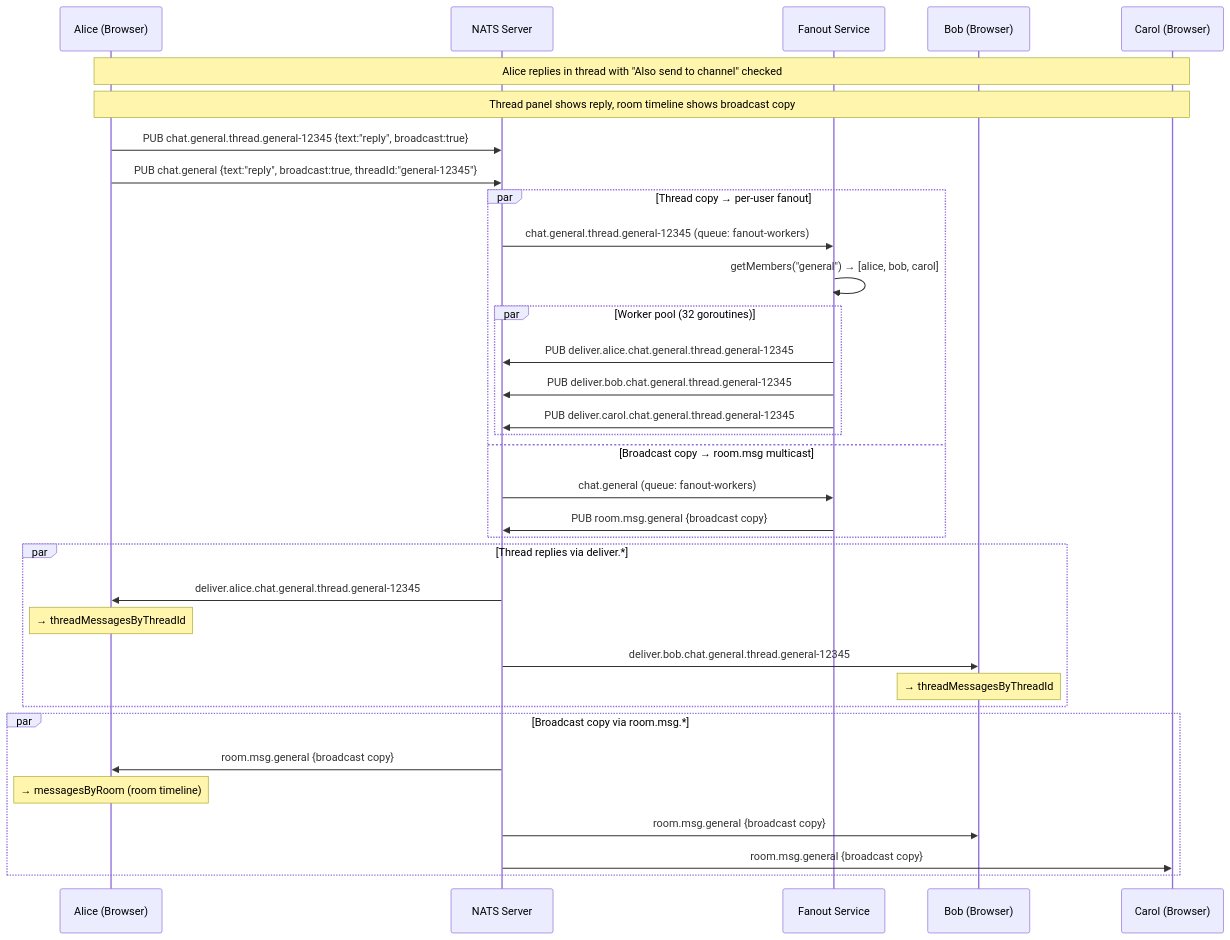
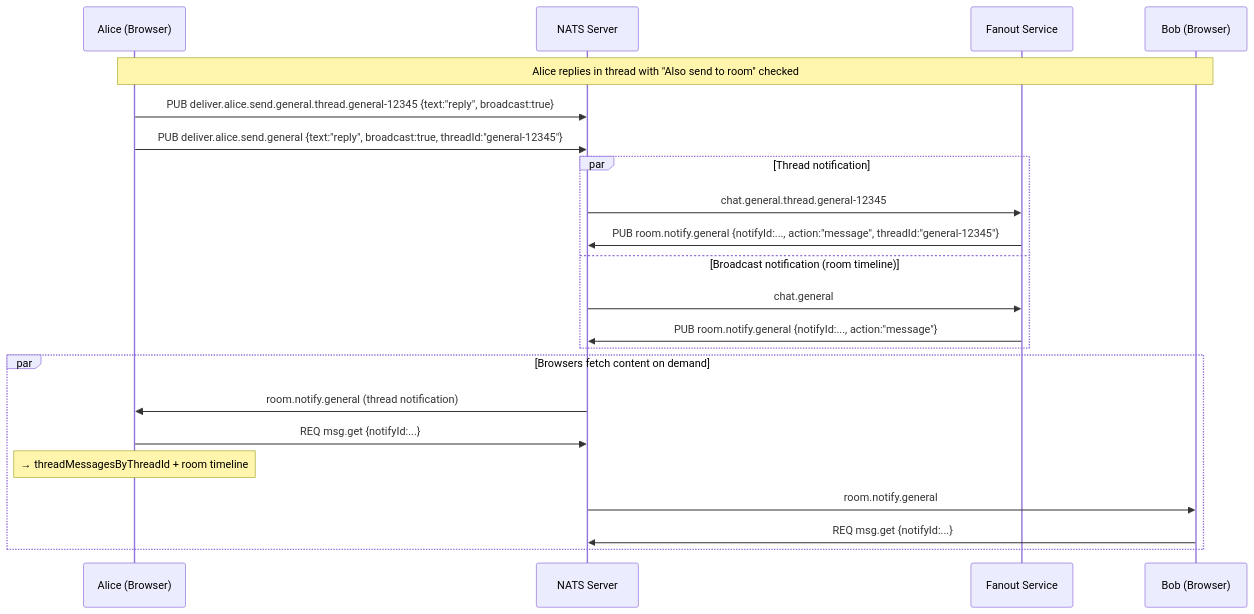
The third of 16 diagrams in docs/plans/2026-02-25-room-subscription-design.md (julianshen/nats-chat-keycloak), drawn with Mermaid before and after one commit. The commit also changed other lines of this file, not shown here.

First line of the commit message:
docs: rewrite room subscription design for two-stream architecture

````diff
--- a/docs/plans/2026-02-25-room-subscription-design.md
+++ b/docs/plans/2026-02-25-room-subscription-design.md
@@ -79,43 +146,28 @@
 ```mermaid
 sequenceDiagram
     participant Alice as Alice (Browser)
     participant NATS as NATS Server
     participant Fanout as Fanout Service
     participant Bob as Bob (Browser)
-    participant Carol as Carol (Browser)
 
-    Note over Alice,Carol: Alice replies in thread with "Also send to channel" checked
-    Note over Alice,Carol: Thread panel shows reply, room timeline shows broadcast copy
+    Note over Alice,Bob: Alice replies in thread with "Also send to room" checked
 
-    Alice->>NATS: PUB chat.general.thread.general-12345 {text:"reply", broadcast:true}
-    Alice->>NATS: PUB chat.general {text:"reply", broadcast:true, threadId:"general-12345"}
-    
-    par Thread copy → per-user fanout
-        NATS->>Fanout: chat.general.thread.general-12345 (queue: fanout-workers)
-        Fanout->>Fanout: getMembers("general") → [alice, bob, carol]
-        par Worker pool (32 goroutines)
-            Fanout->>NATS: PUB deliver.alice.chat.general.thread.general-12345
-            Fanout->>NATS: PUB deliver.bob.chat.general.thread.general-12345
-            Fanout->>NATS: PUB deliver.carol.chat.general.thread.general-12345
-        end
-    and Broadcast copy → room.msg multicast
-        NATS->>Fanout: chat.general (queue: fanout-workers)
-        Fanout->>NATS: PUB room.msg.general {broadcast copy}
+    Alice->>NATS: PUB deliver.alice.send.general.thread.general-12345 {text:"reply", broadcast:true}
+    Alice->>NATS: PUB deliver.alice.send.general {text:"reply", broadcast:true, threadId:"general-12345"}
+
+    par Thread notification
+        NATS->>Fanout: chat.general.thread.general-12345
+        Fanout->>NATS: PUB room.notify.general {notifyId:..., action:"message", threadId:"general-12345"}
+    and Broadcast notification (room timeline)
+        NATS->>Fanout: chat.general
+        Fanout->>NATS: PUB room.notify.general {notifyId:..., action:"message"}
     end
 
-    par Thread replies via deliver.*
-        NATS->>Alice: deliver.alice.chat.general.thread.general-12345
-        Note over Alice: → threadMessagesByThreadId
-        NATS->>Bob: deliver.bob.chat.general.thread.general-12345
-        Note over Bob: → threadMessagesByThreadId
+    par Browsers fetch content on demand
+        NATS->>Alice: room.notify.general (thread notification)
+        Alice->>NATS: REQ msg.get {notifyId:...}
+        Note over Alice: → threadMessagesByThreadId + room timeline
+        NATS->>Bob: room.notify.general
+        Bob->>NATS: REQ msg.get {notifyId:...}
     end
-
-    par Broadcast copy via room.msg.*
-        NATS->>Alice: room.msg.general {broadcast copy}
-        Note over Alice: → messagesByRoom (room timeline)
-        NATS->>Bob: room.msg.general {broadcast copy}
-        NATS->>Carol: room.msg.general {broadcast copy}
-    end
-
-    
 ```
````
